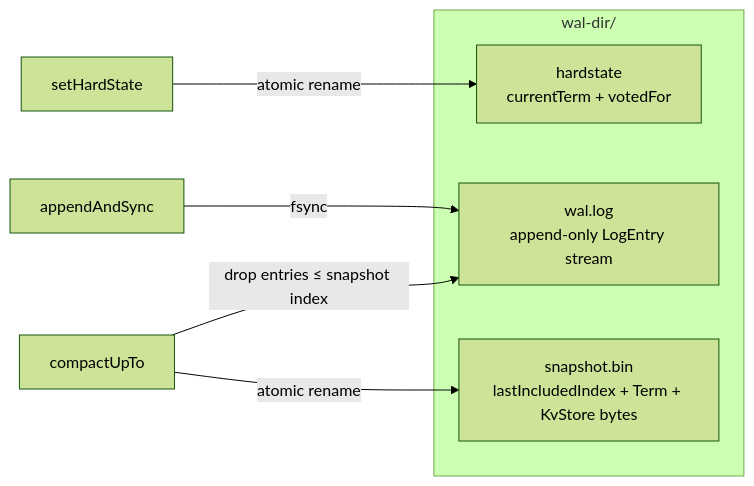
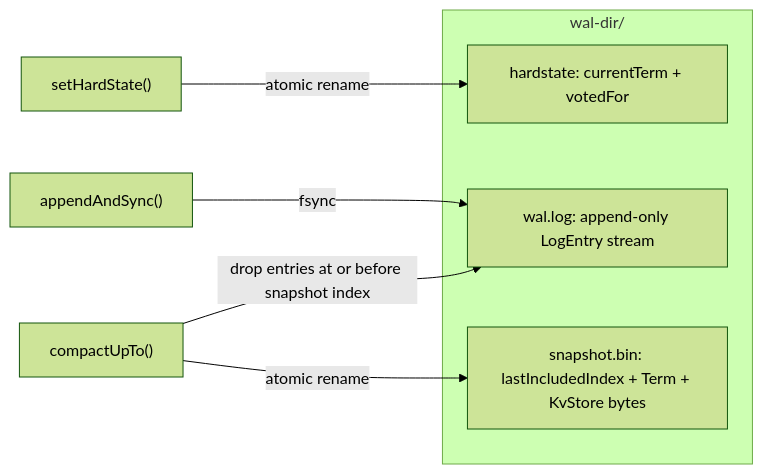
Before and after one commit to IITApurba/Distributed_Key-Value_Store_-_Raft: the third of 10 diagrams in README.md, drawn with Mermaid (forest theme). The commit also changed other lines of this file, not shown here.

First line of the commit message:
Fix mermaid diagram syntax errors in README

````diff
--- a/README.md
+++ b/README.md
@@ -149,12 +150,17 @@
 ```mermaid
 flowchart LR
-    subgraph "wal-dir/"
-        HS[hardstate<br/>currentTerm + votedFor]
-        WAL[wal.log<br/>append-only LogEntry stream]
-        SNAP[snapshot.bin<br/>lastIncludedIndex + Term + KvStore bytes]
+    Append["appendAndSync()"]
+    Vote["setHardState()"]
+    Compact["compactUpTo()"]
+
+    subgraph waldir["wal-dir/"]
+        HS["hardstate: currentTerm + votedFor"]
+        WAL["wal.log: append-only LogEntry stream"]
+        SNAP["snapshot.bin: lastIncludedIndex + Term + KvStore bytes"]
     end
-    Append[appendAndSync] -->|fsync| WAL
-    Vote[setHardState] -->|atomic rename| HS
-    Compact[compactUpTo] -->|atomic rename| SNAP
-    Compact -->|drop entries ≤ snapshot index| WAL
+
+    Append -->|fsync| WAL
+    Vote -->|atomic rename| HS
+    Compact -->|atomic rename| SNAP
+    Compact -->|"drop entries at or before snapshot index"| WAL
 ```
````
